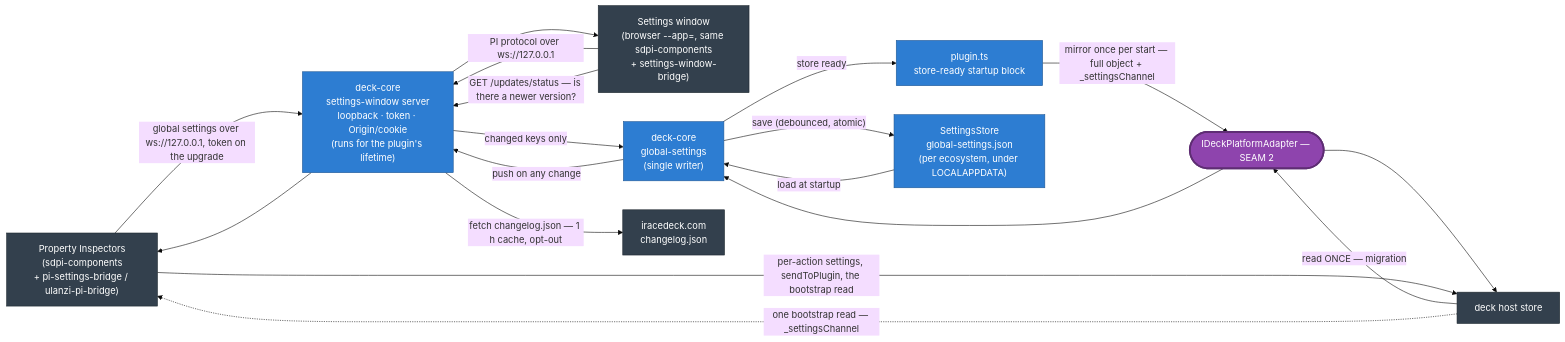
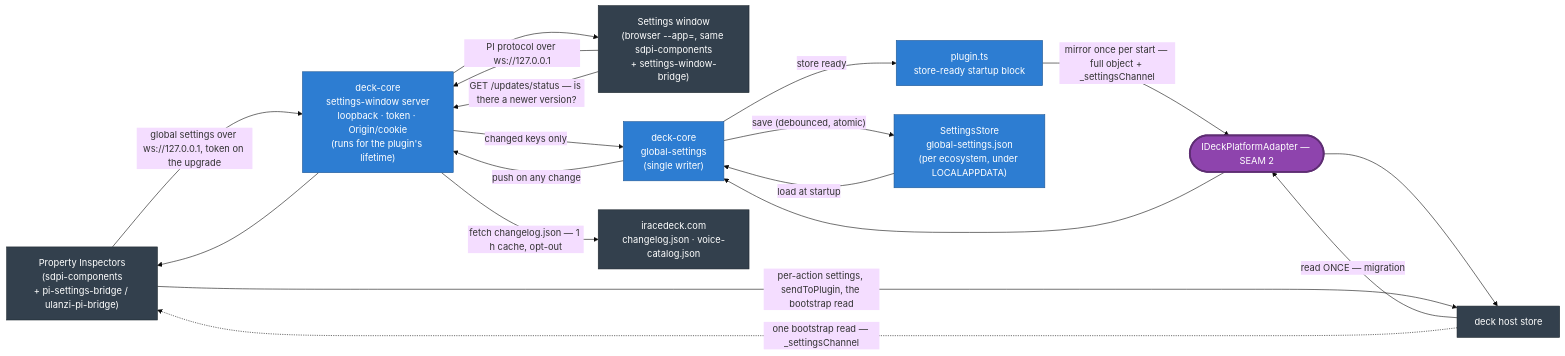
The fourth of 6 diagrams in packages/website/src/content/docs/docs/development/architecture.md (niklam/iracedeck), drawn with Mermaid (base theme) before and after one commit. The commit also changed other lines of this file and 98 other files, not shown here.

First line of the commit message:
feat(voice-packs): download and install voice packs from the catalog (#1100) (#1107)

````diff
--- a/packages/website/src/content/docs/docs/development/architecture.md
+++ b/packages/website/src/content/docs/docs/development/architecture.md
@@ -150,34 +150,34 @@
 ```mermaid
 flowchart LR
   pi["Property Inspectors<br/>(sdpi-components<br/>+ pi-settings-bridge / ulanzi-pi-bridge)"]:::ext
   win["Settings window<br/>(browser --app=, same sdpi-components<br/>+ settings-window-bridge)"]:::ext
   srv["deck-core<br/>settings-window server<br/>loopback · token · Origin/cookie<br/>(runs for the plugin's lifetime)"]:::core
   gs["deck-core<br/>global-settings<br/>(single writer)"]:::core
   boot["plugin.ts<br/>store-ready startup block"]:::core
   store["SettingsStore<br/>global-settings.json<br/>(per ecosystem, under LOCALAPPDATA)"]:::core
   core(["IDeckPlatformAdapter — SEAM 2"]):::seam
   host["deck host store"]:::ext
-  site["iracedeck.com<br/>changelog.json"]:::ext
+  site["iracedeck.com<br/>changelog.json · voice-catalog.json"]:::ext
 
   win -->|"PI protocol over ws://127.0.0.1"| srv
   pi -->|"global settings over ws://127.0.0.1, token on the upgrade"| srv
   srv -->|"changed keys only"| gs
   gs -->|"save (debounced, atomic)"| store
   store -->|"load at startup"| gs
   gs -->|"push on any change"| srv
   srv --> win
   srv --> pi
   win -->|"GET /updates/status — is there a newer version?"| srv
   srv -->|"fetch changelog.json — 1 h cache, opt-out"| site
   host -->|"read ONCE — migration"| core
   core --> gs
   gs -->|"store ready"| boot
   boot -->|"mirror once per start — full object + _settingsChannel"| core
   core --> host
   host -.->|"one bootstrap read — _settingsChannel"| pi
   pi -->|"per-action settings, sendToPlugin, the bootstrap read"| host
 
   classDef ext fill:#33404d,color:#fff,stroke:#1d262e;
   classDef seam fill:#8e44ad,color:#fff,stroke:#5e2d73,stroke-width:3px;
   classDef core fill:#2d7dd2,color:#fff,stroke:#1f5793;
 ```
````
